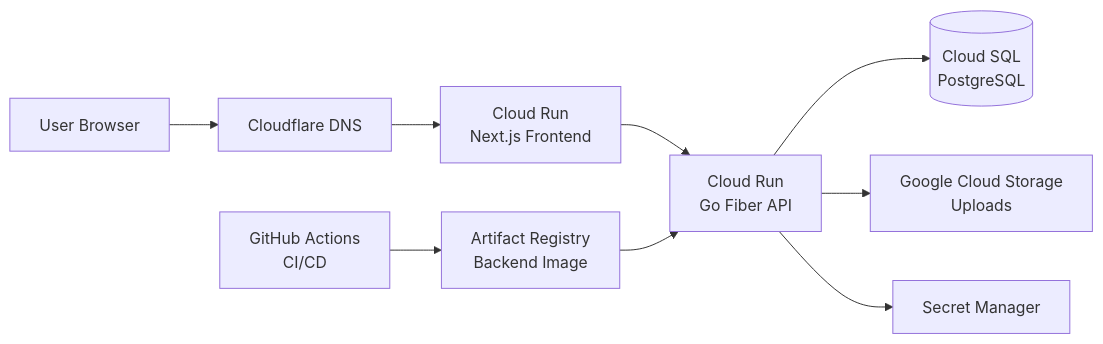
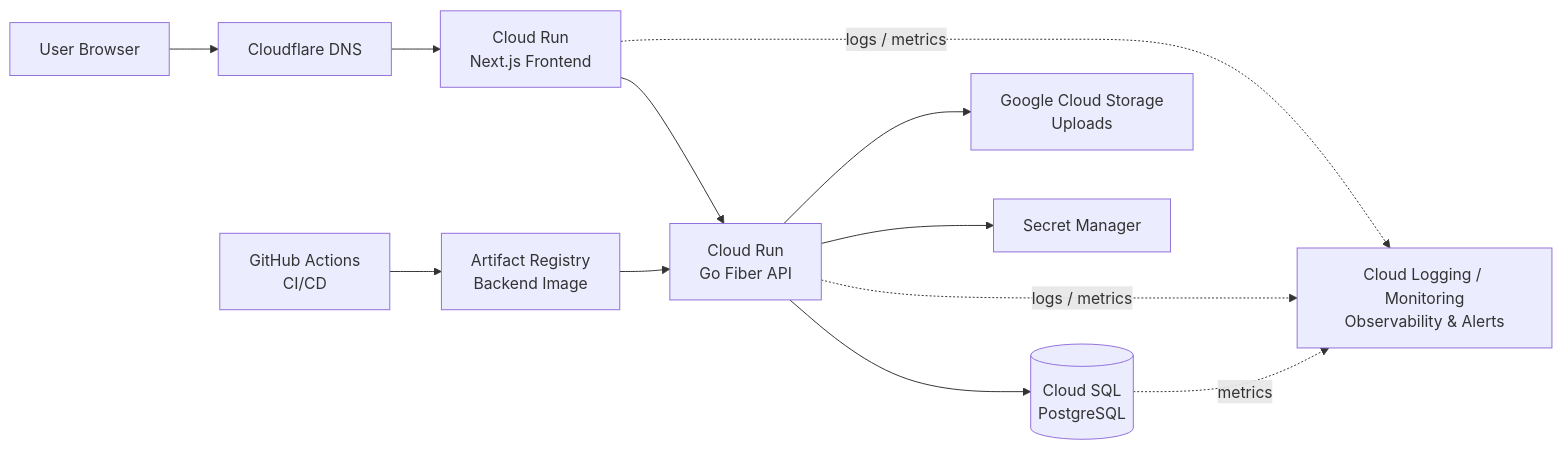
Before and after one commit to poppbsfs4za/devfolio-api: the diagram in README.md, drawn with Mermaid.

Commit message:
docs: update architecture diagram in README to improve clarity on observability and metrics

````diff
--- a/README.md
+++ b/README.md
@@ -152,20 +152,27 @@
 ```mermaid
 flowchart LR
     U[User Browser]
     CF[Cloudflare DNS]
     FE[Cloud Run<br/>Next.js Frontend]
     BE[Cloud Run<br/>Go Fiber API]
-    DB[(Cloud SQL<br/>PostgreSQL)]
+    SQL[(Cloud SQL<br/>PostgreSQL)]
     GCS[Google Cloud Storage<br/>Uploads]
+    SM[Secret Manager]
     AR[Artifact Registry<br/>Backend Image]
     GHA[GitHub Actions<br/>CI/CD]
-    SM[Secret Manager]
+    OBS[Cloud Logging / Monitoring<br/>Observability & Alerts]
 
     U --> CF --> FE
     FE --> BE
-    BE --> DB
+
+    BE --> SQL
     BE --> GCS
     BE --> SM
+
     GHA --> AR
     AR --> BE
+
+    FE -. logs / metrics .-> OBS
+    BE -. logs / metrics .-> OBS
+    SQL -. metrics .-> OBS
 ```
````
